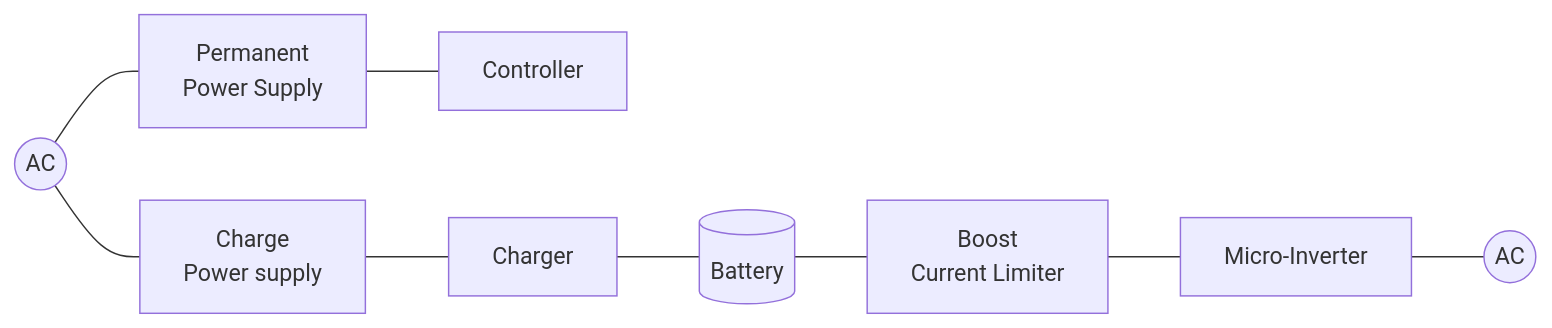
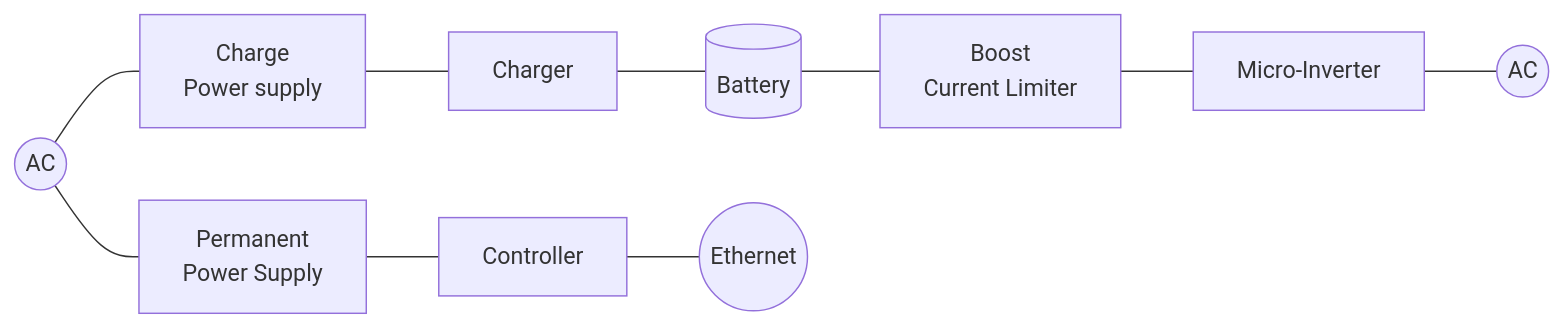
The first of 4 diagrams in README.md (dleval/Solar-Energy-Storage), drawn with Mermaid before and after one commit. The commit also changed other lines of this file, not shown here.

````diff
--- a/README.md
+++ b/README.md
@@ -16,11 +16,12 @@
 ```mermaid
 flowchart LR;
    ac_in((AC)) --- 5V_power[Permanent\nPower Supply]
    ac_in --- 30V_power[Charge\nPower supply]
    5V_power --- Controller
    30V_power --- Charger
    Charger --- bat[(Battery)]
    bat --- boost[Boost\nCurrent Limiter]
    boost --- inv[Micro-Inverter]
    inv --- ac_out((AC))
+   Controller --- eth((Ethernet))
 ```
````
